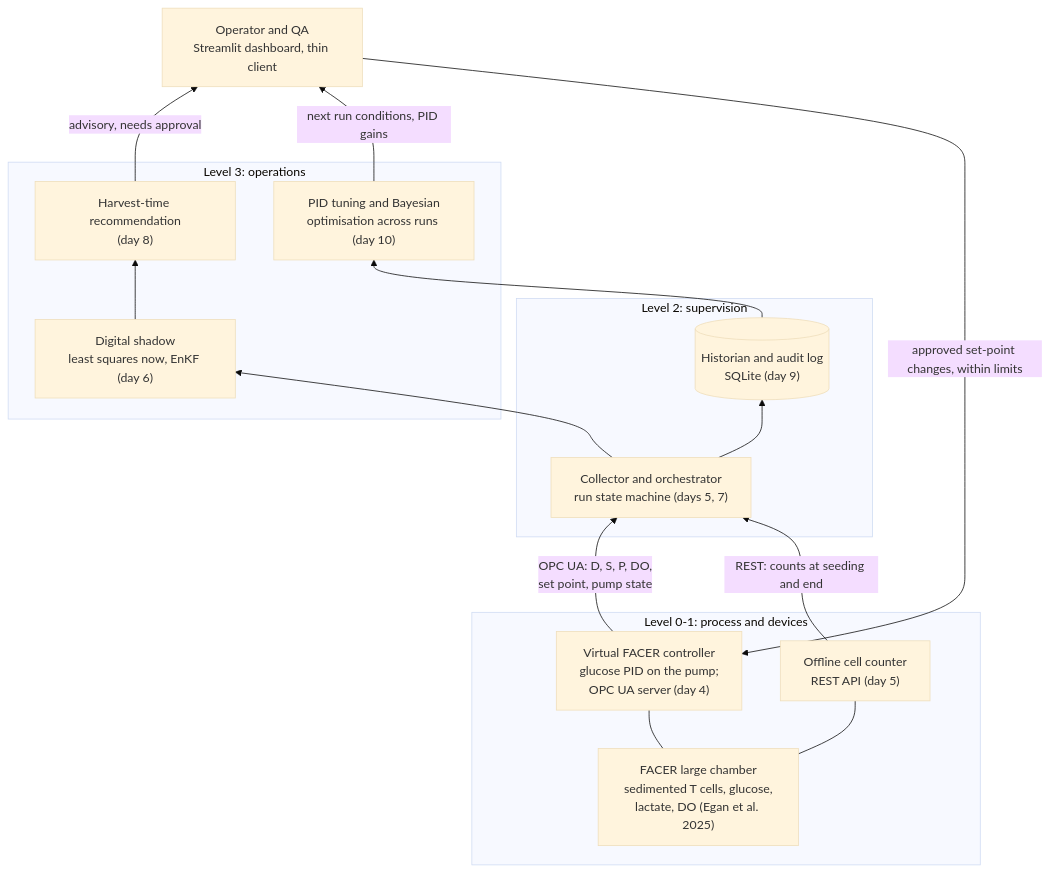
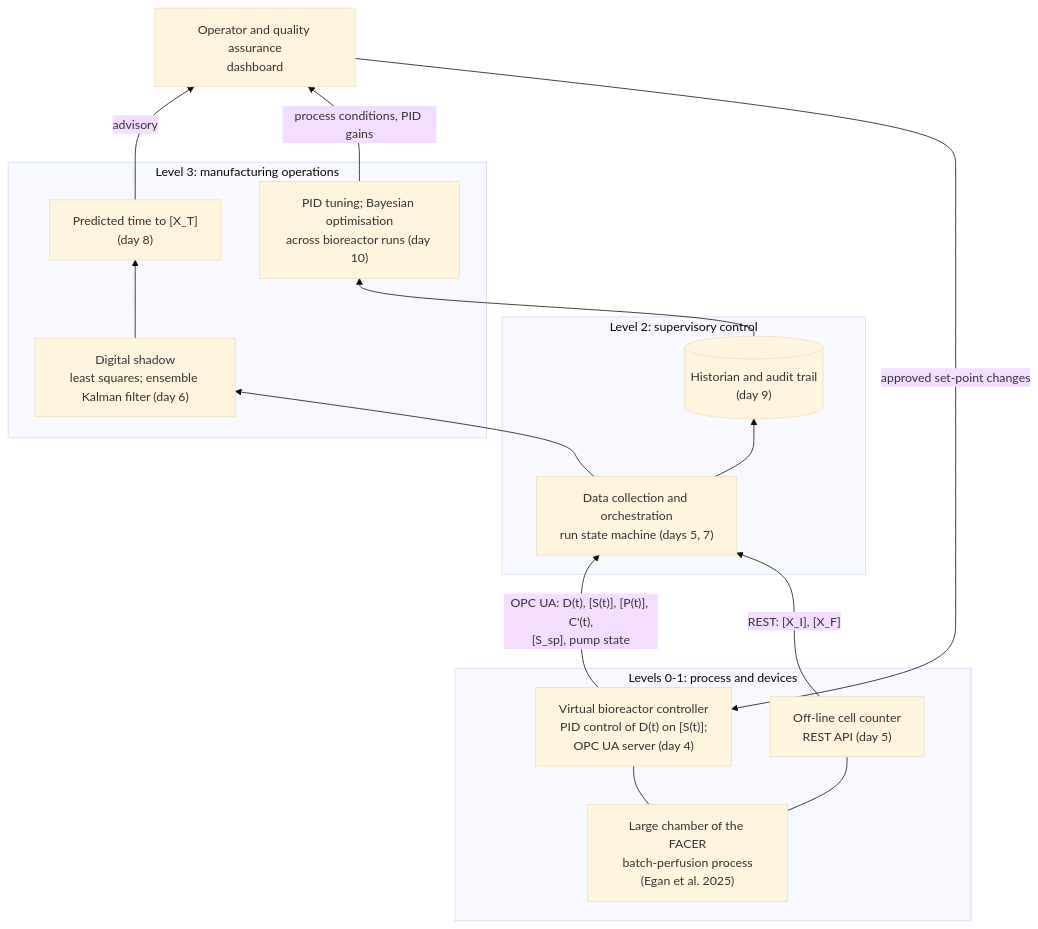
The diagram in docs/architecture.md (ly1815/closed-loop-cell-therapy), drawn with Mermaid (base theme) before and after one commit. The commit also changed other lines of this file and 19 other files, not shown here.

````diff
--- a/docs/architecture.md
+++ b/docs/architecture.md
@@ -7,29 +9,29 @@
 ```mermaid
 flowchart BT
-    subgraph L0["Level 0-1: process and devices"]
-        P["FACER large chamber<br/>sedimented T cells, glucose,<br/>lactate, DO (Egan et al. 2025)"]
-        R["Virtual FACER controller<br/>glucose PID on the pump;<br/>OPC UA server (day 4)"]
-        A["Offline cell counter<br/>REST API (day 5)"]
+    subgraph L0["Levels 0-1: process and devices"]
+        P["Large chamber of the FACER<br/>batch-perfusion process<br/>(Egan et al. 2025)"]
+        R["Virtual bioreactor controller<br/>PID control of D(t) on [S(t)];<br/>OPC UA server (day 4)"]
+        A["Off-line cell counter<br/>REST API (day 5)"]
         P --- R
         P --- A
     end
-    subgraph L2["Level 2: supervision"]
-        C["Collector and orchestrator<br/>run state machine (days 5, 7)"]
-        H[("Historian and audit log<br/>SQLite (day 9)")]
+    subgraph L2["Level 2: supervisory control"]
+        C["Data collection and orchestration<br/>run state machine (days 5, 7)"]
+        H[("Historian and audit trail<br/>(day 9)")]
     end
-    subgraph L3["Level 3: operations"]
-        T["Digital shadow<br/>least squares now, EnKF (day 6)"]
-        D["Harvest-time recommendation<br/>(day 8)"]
-        B["PID tuning and Bayesian<br/>optimisation across runs (day 10)"]
+    subgraph L3["Level 3: manufacturing operations"]
+        T["Digital shadow<br/>least squares; ensemble Kalman filter (day 6)"]
+        D["Predicted time to [X_T]<br/>(day 8)"]
+        B["PID tuning; Bayesian optimisation<br/>across bioreactor runs (day 10)"]
     end
-    U["Operator and QA<br/>Streamlit dashboard, thin client"]
-    R -->|"OPC UA: D, S, P, DO,<br/>set point, pump state"| C
-    A -->|"REST: counts at seeding and end"| C
+    U["Operator and quality assurance<br/>dashboard"]
+    R -->|"OPC UA: D(t), [S(t)], [P(t)], C'(t),<br/>[S_sp], pump state"| C
+    A -->|"REST: [X_I], [X_F]"| C
     C --> H
     C --> T
     T --> D
-    D -->|"advisory, needs approval"| U
-    U -->|"approved set-point changes, within limits"| R
+    D -->|"advisory"| U
+    U -->|"approved set-point changes"| R
     H --> B
-    B -->|"next run conditions, PID gains"| U
+    B -->|"process conditions, PID gains"| U
 ```
````
